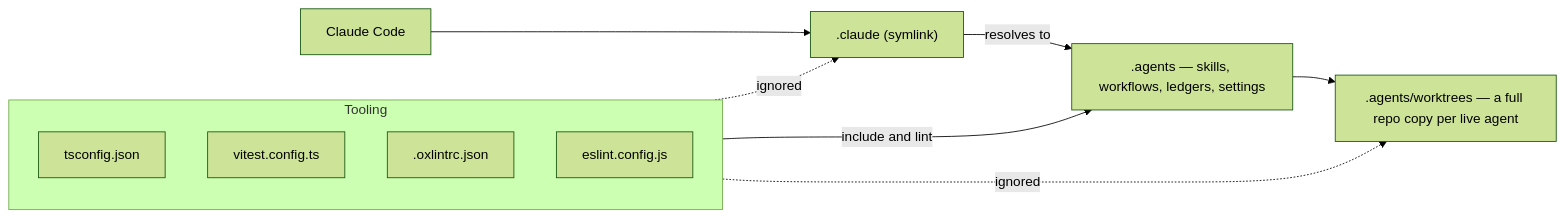
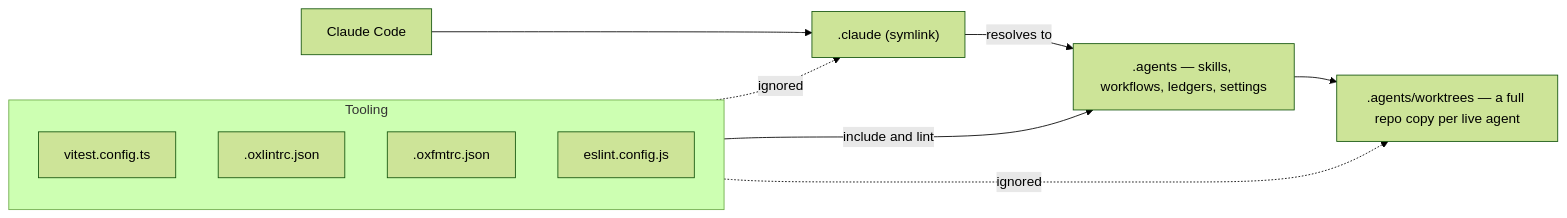
Before and after one commit to Esposter/Esposter: the diagram in apps/web/content/docs/architecture/agent-configuration.md, drawn with Mermaid (forest theme). The commit also changed other lines of this file and 10 other files, not shown here.

````diff
--- a/apps/web/content/docs/architecture/agent-configuration.md
+++ b/apps/web/content/docs/architecture/agent-configuration.md
@@ -16,17 +16,17 @@
 ```mermaid
 flowchart LR
   Agent[Claude Code] --> Alias[".claude (symlink)"]
   Alias -->|resolves to| Tree[".agents — skills, workflows, ledgers, settings"]
   Tree --> Worktrees[".agents/worktrees — a full repo copy per live agent"]
 
   subgraph Tooling
-    TS[tsconfig.json]
     Vitest[vitest.config.ts]
     Oxlint[.oxlintrc.json]
+    Oxfmt[.oxfmtrc.json]
     ESLint[eslint.config.js]
   end
 
   Tooling -->|include and lint| Tree
   Tooling -. ignored .-> Alias
   Tooling -. ignored .-> Worktrees
 ```
````
